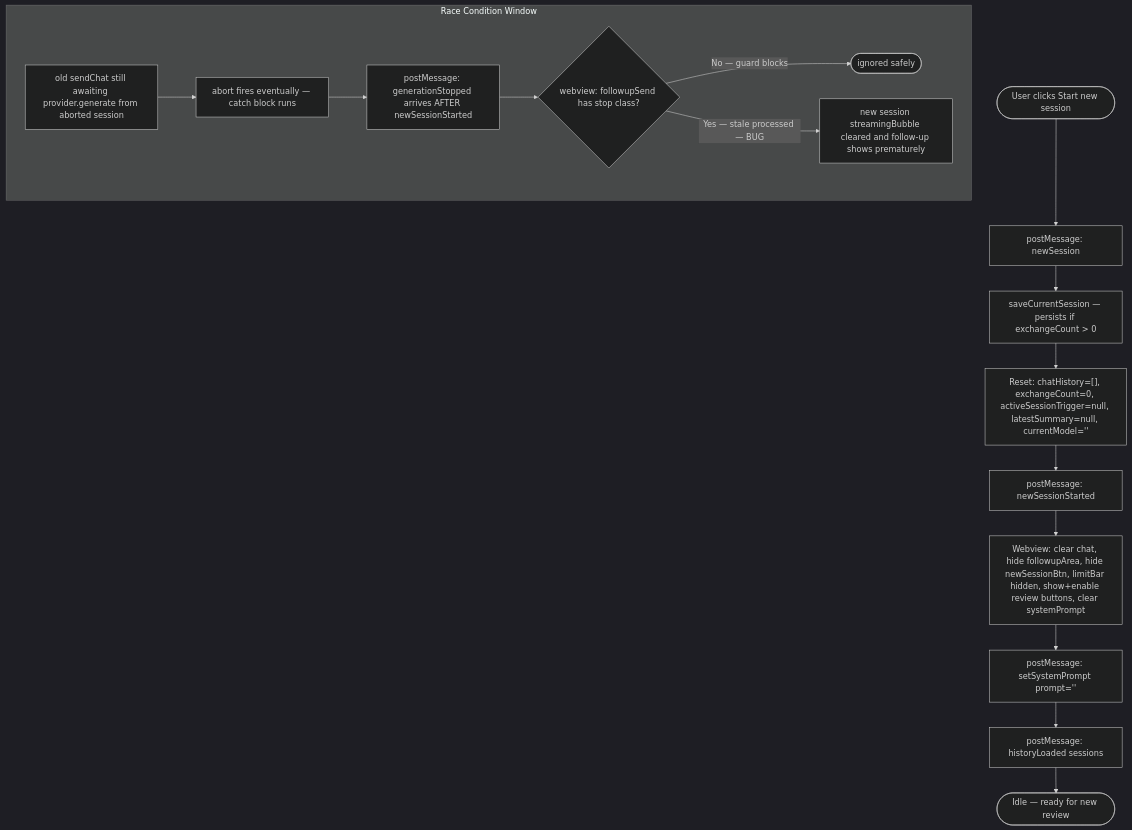
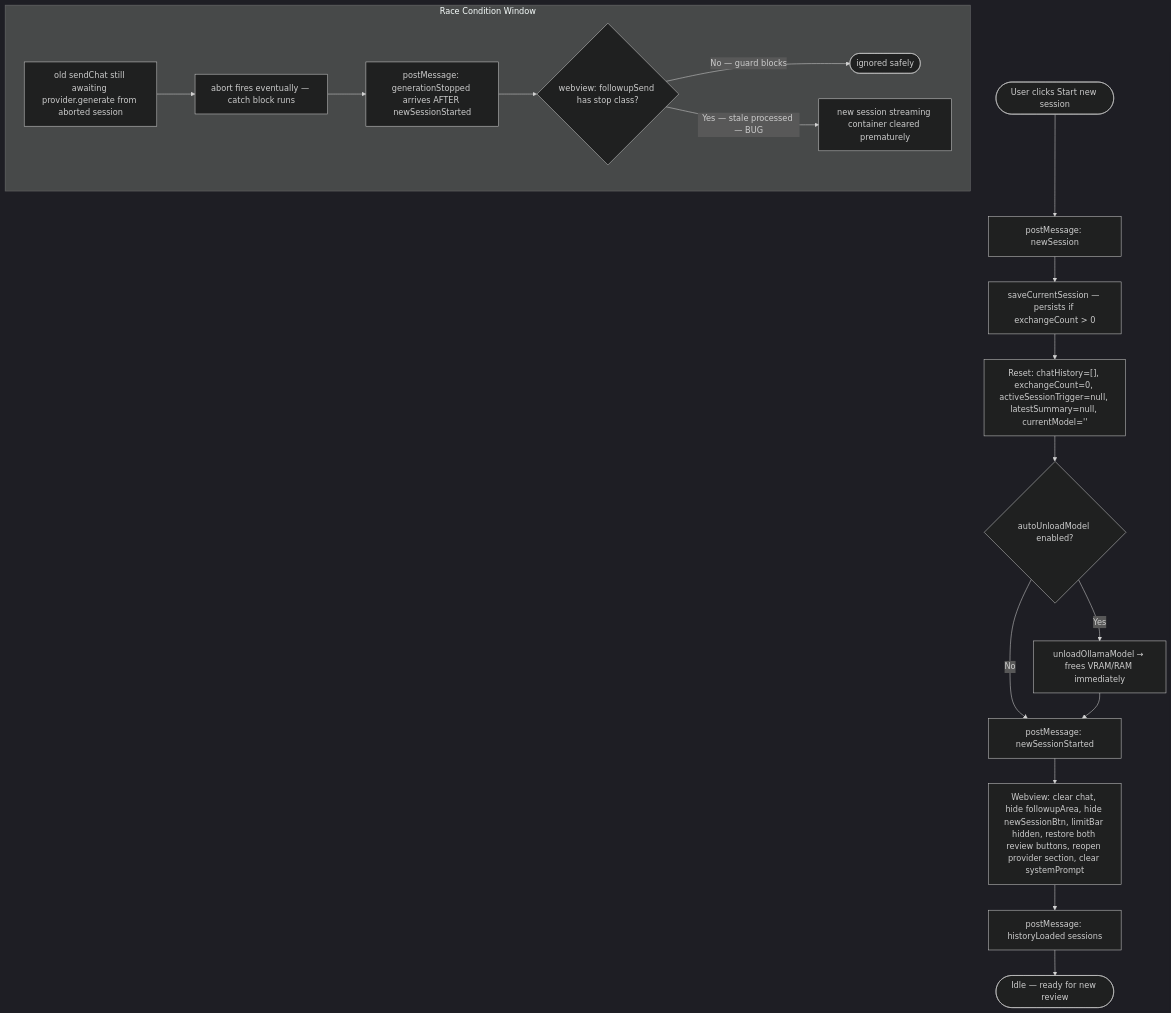
The sixth of 8 diagrams in docs/workflows.md (rhea0408/raiview), drawn with Mermaid (dark theme) before and after one commit. The commit also changed other lines of this file and 15 other files, not shown here.

````diff
--- a/docs/workflows.md
+++ b/docs/workflows.md
@@ -146,20 +163,22 @@
 ```mermaid
 flowchart TD
     A([User clicks Start new session]) --> B[postMessage: newSession]
     B --> C[saveCurrentSession — persists if exchangeCount > 0]
     C --> D["Reset: chatHistory=[], exchangeCount=0, activeSessionTrigger=null, latestSummary=null, currentModel=''"]
-    D --> E[postMessage: newSessionStarted]
-    E --> F["Webview: clear chat, hide followupArea, hide newSessionBtn, limitBar hidden, show+enable review buttons, clear systemPrompt"]
-    F --> G["postMessage: setSystemPrompt prompt=''"]
-    G --> H[postMessage: historyLoaded sessions]
-    H --> I([Idle — ready for new review])
+    D --> E{autoUnloadModel enabled?}
+    E -- Yes --> F[unloadOllamaModel → frees VRAM/RAM immediately]
+    E -- No --> G
+    F --> G[postMessage: newSessionStarted]
+    G --> H["Webview: clear chat, hide followupArea, hide newSessionBtn, limitBar hidden, restore both review buttons, reopen provider section, clear systemPrompt"]
+    H --> I[postMessage: historyLoaded sessions]
+    I --> J([Idle — ready for new review])
 
     subgraph Race Condition Window
-    J[old sendChat still awaiting provider.generate from aborted session]
-    J --> K[abort fires eventually — catch block runs]
-    K --> L[postMessage: generationStopped arrives AFTER newSessionStarted]
-    L --> M{webview: followupSend has stop class?}
-    M -- No — guard blocks --> N([ignored safely])
-    M -- Yes — stale processed — BUG --> O[new session streamingBubble cleared and follow-up shows prematurely]
+    K[old sendChat still awaiting provider.generate from aborted session]
+    K --> L[abort fires eventually — catch block runs]
+    L --> M[postMessage: generationStopped arrives AFTER newSessionStarted]
+    M --> N{webview: followupSend has stop class?}
+    N -- No — guard blocks --> O([ignored safely])
+    N -- Yes — stale processed — BUG --> P[new session streaming container cleared prematurely]
     end
 ```
````
